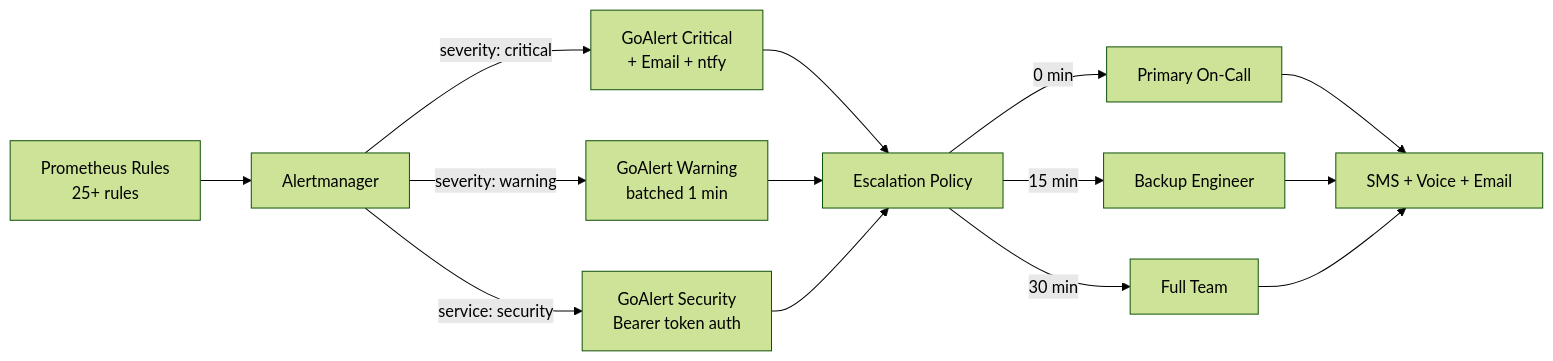
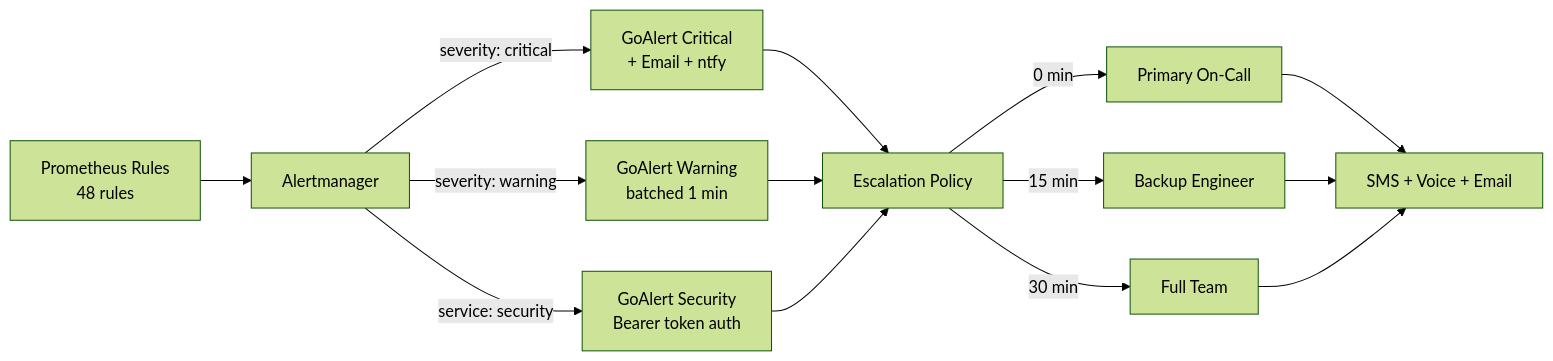
The seventh of 8 diagrams in docs/OBSERVABILITY_WHITEPAPER.md (MoebiusX/Krystaline), drawn with Mermaid (forest theme) before and after one commit. The commit also changed other lines of this file and 27 other files, not shown here.

````diff
--- a/docs/OBSERVABILITY_WHITEPAPER.md
+++ b/docs/OBSERVABILITY_WHITEPAPER.md
@@ -507,20 +512,20 @@
 ```mermaid
 flowchart LR
-    PR[Prometheus Rules<br/>25+ rules] --> AM[Alertmanager]
+    PR[Prometheus Rules<br/>48 rules] --> AM[Alertmanager]
     
     AM -->|"severity: critical"| GC[GoAlert Critical<br/>+ Email + ntfy]
     AM -->|"severity: warning"| GW[GoAlert Warning<br/>batched 1 min]
     AM -->|"service: security"| GS[GoAlert Security<br/>Bearer token auth]
     
     GC --> EP[Escalation Policy]
     GW --> EP
     GS --> EP
     
     EP -->|"0 min"| P1[Primary On-Call]
     EP -->|"15 min"| P2[Backup Engineer]
     EP -->|"30 min"| P3[Full Team]
     
     P1 --> N[SMS + Voice + Email]
     P2 --> N
     P3 --> N
 ```
````
